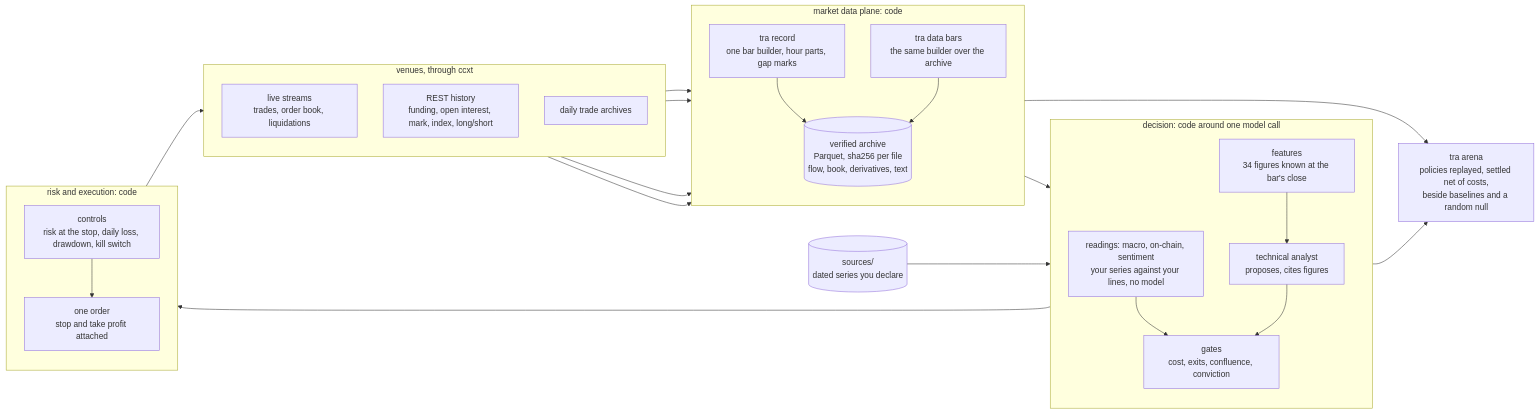
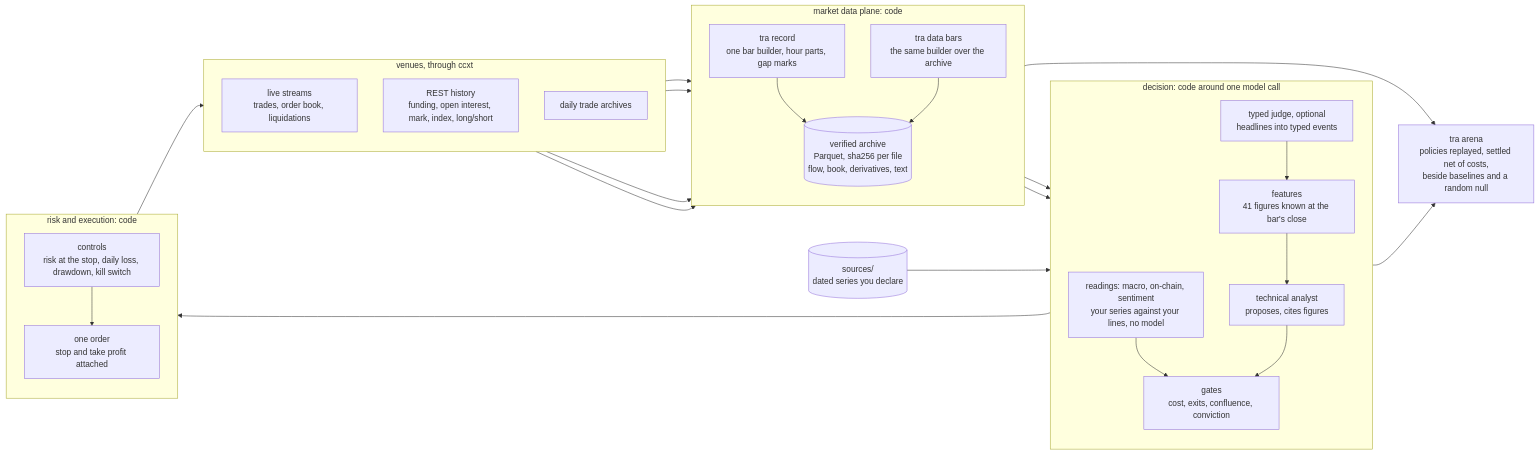
Before and after one commit to BijectiveLabs/bitra: the first of 2 diagrams in README.md, drawn with Mermaid. The commit also changed other lines of this file and 5 other files, not shown here.

Commit message:
Docs: the typed judge, text events and the 41 features

````diff
--- a/README.md
+++ b/README.md
@@ -106,38 +106,40 @@
 ```mermaid
 flowchart LR
     subgraph venues["venues, through ccxt"]
         direction TB
         streams["live streams<br/>trades, order book, liquidations"]
         rest["REST history<br/>funding, open interest, mark, index, long/short"]
         archives["daily trade archives"]
     end
     subgraph plane["market data plane: code"]
         direction TB
         record["tra record<br/>one bar builder, hour parts, gap marks"]
         bars["tra data bars<br/>the same builder over the archive"]
         store[("verified archive<br/>Parquet, sha256 per file<br/>flow, book, derivatives, text")]
     end
     subgraph decide["decision: code around one model call"]
         direction TB
-        features["features<br/>34 figures known at the bar's close"]
+        judge["typed judge, optional<br/>headlines into typed events"]
+        features["features<br/>41 figures known at the bar's close"]
         readings["readings: macro, on-chain, sentiment<br/>your series against your lines, no model"]
         analyst["technical analyst<br/>proposes, cites figures"]
         gates["gates<br/>cost, exits, confluence, conviction"]
     end
     shelf[("sources/<br/>dated series you declare")]
     subgraph act["risk and execution: code"]
         direction TB
         risk["controls<br/>risk at the stop, daily loss, drawdown, kill switch"]
         order["one order<br/>stop and take profit attached"]
     end
     arena["tra arena<br/>policies replayed, settled net of costs,<br/>beside baselines and a random null"]
     streams --> record --> store
     archives --> bars --> store
     rest --> record
     rest --> bars
     store --> features
+    store --> judge --> features
     shelf --> readings --> gates
     features --> analyst --> gates --> risk --> order --> venues
     store --> arena
     features --> arena
 ```
````
